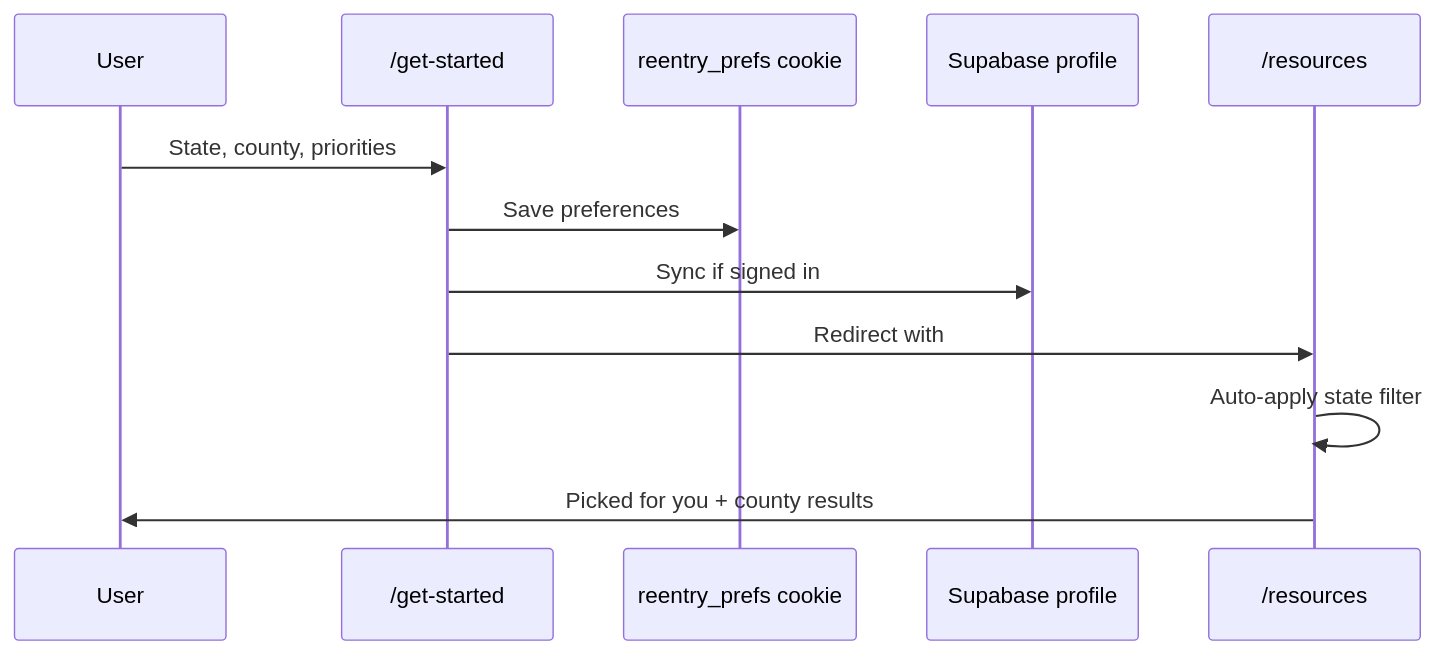
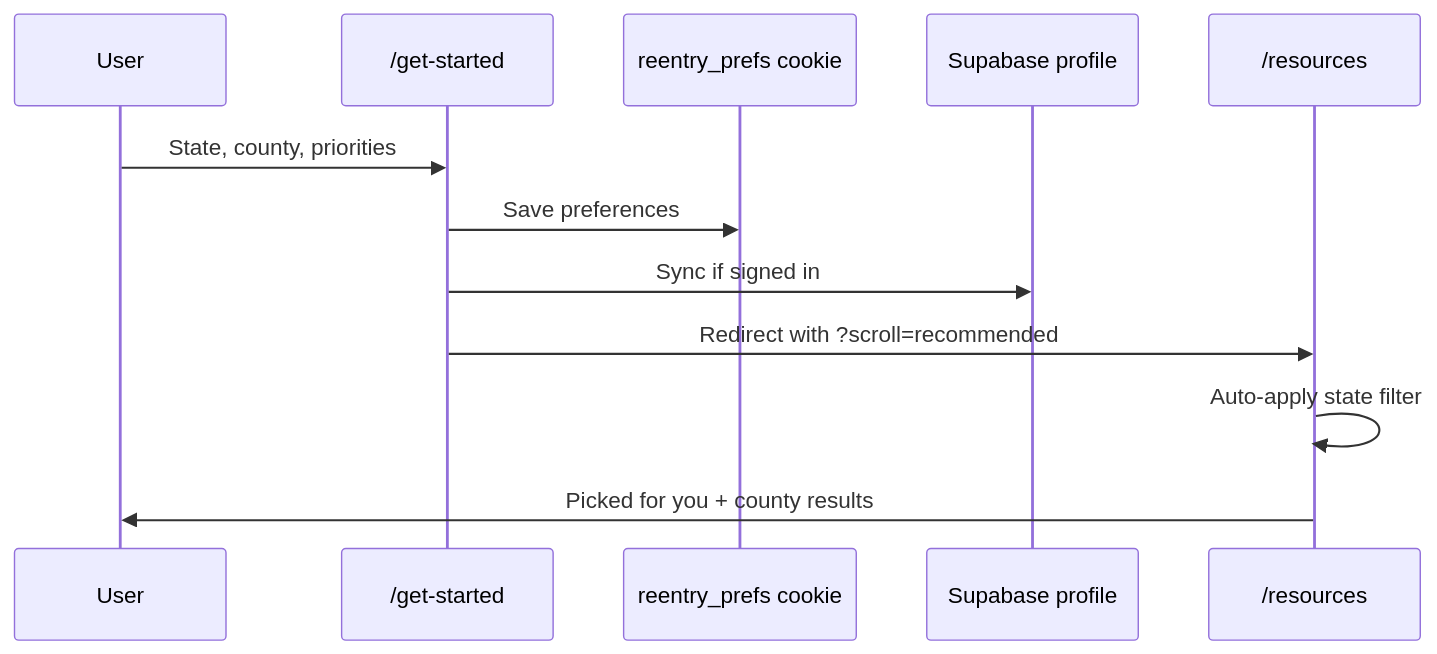
The second of 2 diagrams in README.md (anthonyash91/r2r-resource-library), drawn with Mermaid before and after one commit. The commit also changed other lines of this file and 35 other files, not shown here.

````diff
--- a/README.md
+++ b/README.md
@@ -117,15 +117,15 @@
 ```mermaid
 sequenceDiagram
   participant User
   participant Wizard as /get-started
   participant Cookie as reentry_prefs cookie
   participant Profile as Supabase profile
   participant Page as /resources
 
   User->>Wizard: State, county, priorities
   Wizard->>Cookie: Save preferences
   Wizard->>Profile: Sync if signed in
-  Wizard->>Page: Redirect with #recommended-resources
+  Wizard->>Page: Redirect with ?scroll=recommended
   Page->>Page: Auto-apply state filter
   Page->>User: Picked for you + county results
 ```
````
